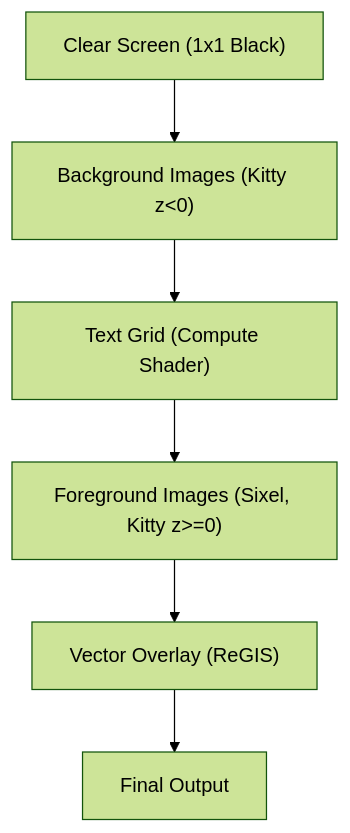
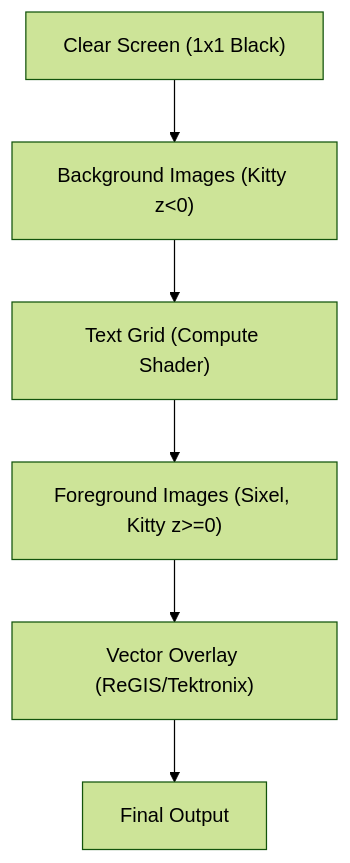
Before and after one commit to jmorel33/terminal: the first of 3 diagrams in doc/kterm.md, drawn with Mermaid (forest theme). The commit also changed other lines of this file, not shown here.

````diff
--- a/doc/kterm.md
+++ b/doc/kterm.md
@@ -215,8 +222,8 @@
 ```mermaid
 graph TD
     Clear["Clear Screen (1x1 Black)"] --> Background["Background Images (Kitty z<0)"]
     Background --> Text["Text Grid (Compute Shader)"]
     Text --> Foreground["Foreground Images (Sixel, Kitty z>=0)"]
-    Foreground --> Vectors["Vector Overlay (ReGIS)"]
+    Foreground --> Vectors["Vector Overlay (ReGIS/Tektronix)"]
     Vectors --> Present["Final Output"]
 ```
````
